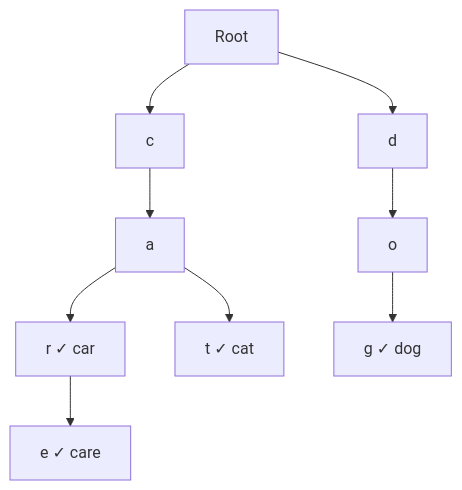
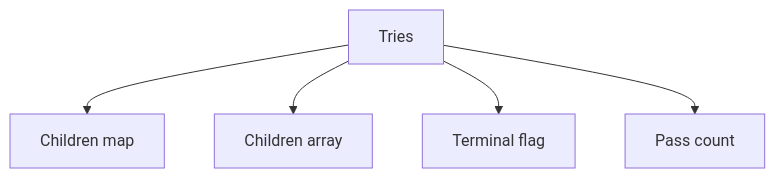
One commit to 9999dude/omega changed the first of 16 diagrams in docs/datastructures/trie.md. Above: the diagram before and after it, drawn with Mermaid. The commit also changed other lines of this file and 58 other files, not shown here.

````diff
--- a/docs/datastructures/trie.md
+++ b/docs/datastructures/trie.md
@@ -23,13 +27,8 @@
 ```mermaid
-graph TD
-    R["Root"] --> C["c"]
-    R --> D["d"]
-
-    C --> A["a"]
-    A --> R1["r ✓ car"]
-    A --> T["t ✓ cat"]
-    R1 --> E["e ✓ care"]
-
-    D --> O["o"]
-    O --> G["g ✓ dog"]
+flowchart TD
+    T["Tries"]
+    T --> R0["Children map"]
+    T --> R1["Children array"]
+    T --> R2["Terminal flag"]
+    T --> R3["Pass count"]
 ```
````
